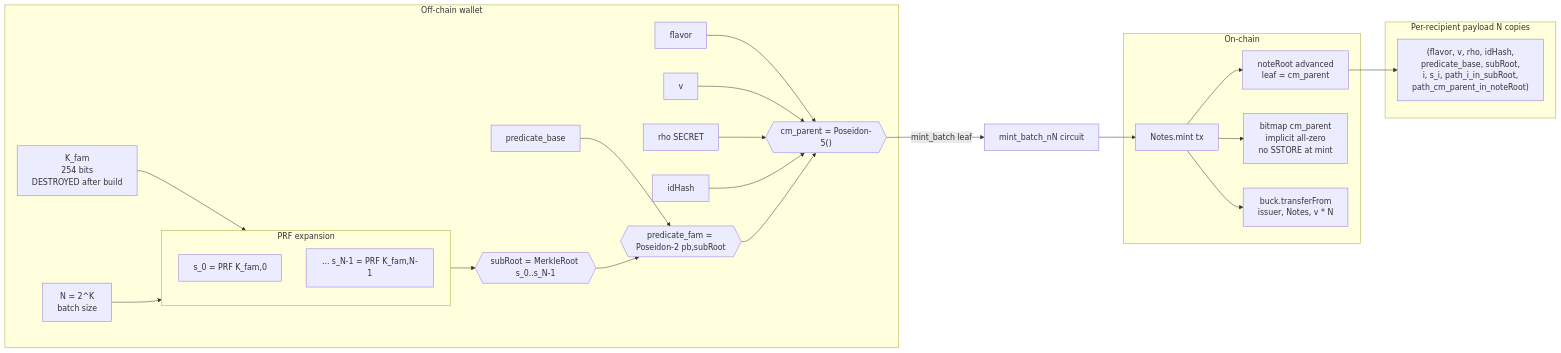
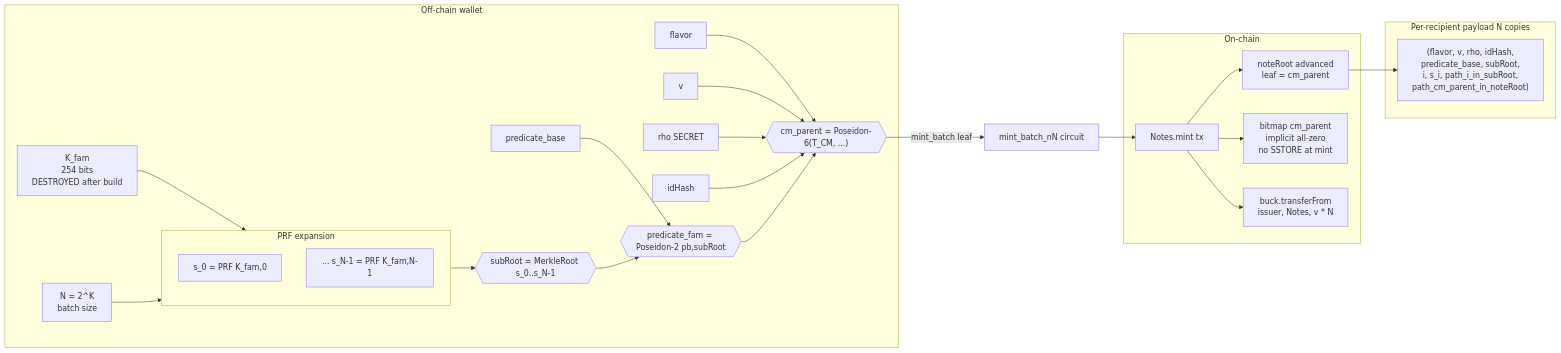
The second of 4 diagrams in alberta-buck-notes-serialized.org (alberta-buck/alberta-buck), drawn with Mermaid before and after one commit. The commit also changed other lines of this file and 157 other files, not shown here.

```diff
--- a/alberta-buck-notes-serialized.org
+++ b/alberta-buck-notes-serialized.org
@@ -231,43 +231,43 @@
 #+BEGIN_SRC mermaid :file ./images/mint-serialized.png
 flowchart LR
   subgraph off[Off-chain wallet]
     Kfam[K_fam<br/>254 bits<br/>DESTROYED after build]
     N["N = 2^K<br/>batch size"]
     subgraph prf[PRF expansion]
       s0[s_0 = PRF K_fam,0]
       sN[... s_N-1 = PRF K_fam,N-1]
     end
     Kfam --> prf
     N --> prf
     subroot{{"subRoot = MerkleRoot s_0..s_N-1"}}
     prf --> subroot
     pb[predicate_base]
     pf{{"predicate_fam = Poseidon-2 pb,subRoot"}}
     pb --> pf
     subroot --> pf
 
     flavor[flavor]
     v[v]
     rho[rho SECRET]
     idHash[idHash]
-    cm{{"cm_parent = Poseidon-5()"}}
+    cm{{"cm_parent = Poseidon-6(T_CM, ...)"}}
     flavor --> cm
     v --> cm
     rho --> cm
     idHash --> cm
     pf --> cm
   end
 
   cm -->|mint_batch leaf| batch[mint_batch_nN circuit]
   batch --> mint[Notes.mint tx]
 
   subgraph on[On-chain]
     mint --> note[noteRoot advanced<br/>leaf = cm_parent]
     mint --> bitmap0[bitmap cm_parent<br/>implicit all-zero<br/>no SSTORE at mint]
     mint --> buckxfer["buck.transferFrom<br/>issuer, Notes, v * N"]
   end
 
   subgraph recipients[Per-recipient payload N copies]
     note --> pkg["(flavor, v, rho, idHash,<br/>predicate_base, subRoot,<br/>i, s_i, path_i_in_subRoot,<br/>path_cm_parent_in_noteRoot)"]
   end
 #+END_SRC
```
